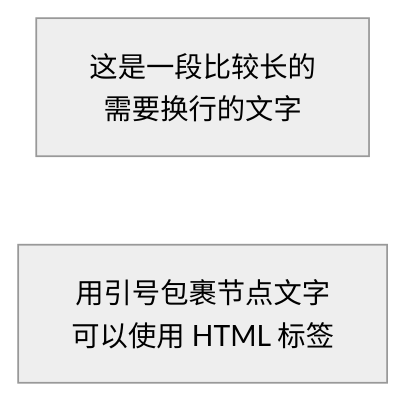
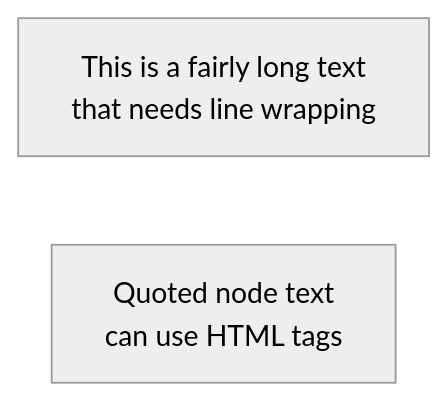
Diagram 15 of 15 in skills/charts/references/mermaid.md (abdou-da0wew/zcode-skills), drawn with Mermaid (neutral theme) before and after one commit. The commit also changed other lines of this file and 504 other files, not shown here.

````diff
--- a/skills/charts/references/mermaid.md
+++ b/skills/charts/references/mermaid.md
@@ -780,5 +780,5 @@
 ```mermaid
 flowchart LR
-    A["这是一段比较长的<br>需要换行的文字"]
-    B["用引号包裹节点文字<br>可以使用 HTML 标签"]
+    A["This is a fairly long text<br>that needs line wrapping"]
+    B["Quoted node text<br>can use HTML tags"]
 ```
````
